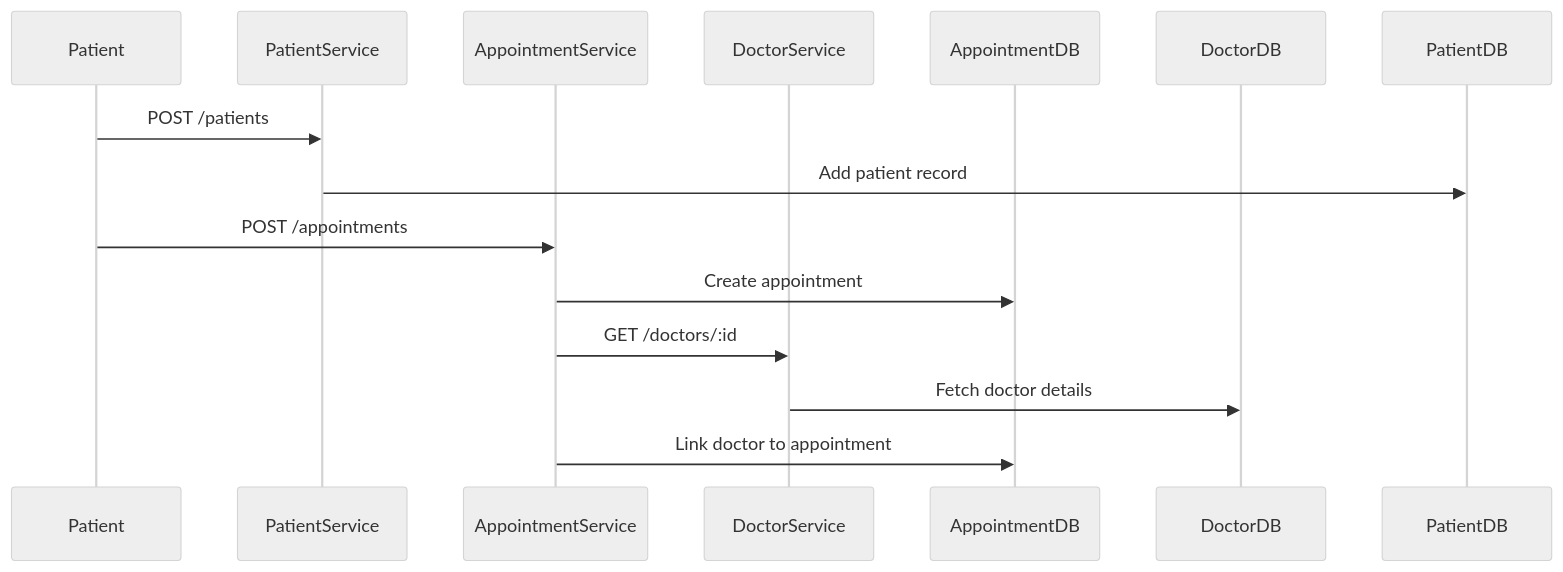
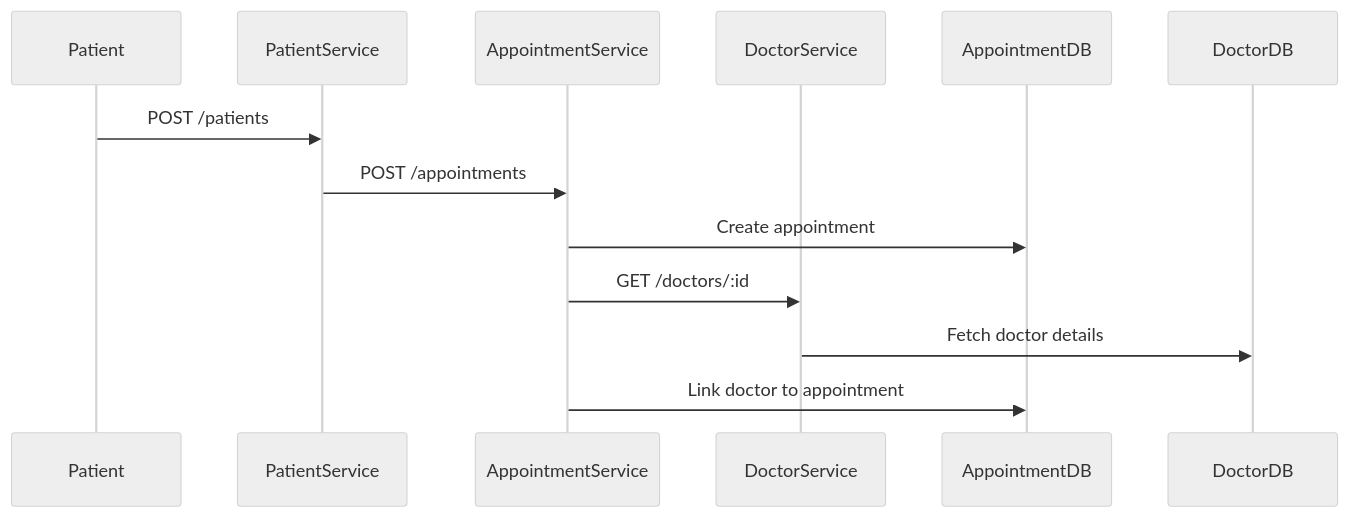
One commit to mdadilansari/Scalable-Services-Assignment-HMS-App changed the second of 6 diagrams in ARCHITECTURE.md. Above: the diagram before and after it, drawn with Mermaid (neutral theme). The commit also changed other lines of this file, not shown here.

````diff
--- a/ARCHITECTURE.md
+++ b/ARCHITECTURE.md
@@ -295,17 +351,16 @@
 ```mermaid
 sequenceDiagram
     participant Patient
     participant PatientService
     participant AppointmentService
     participant DoctorService
     participant AppointmentDB
     participant DoctorDB
 
     Patient->>PatientService: POST /patients
-    PatientService->>PatientDB: Add patient record
-    Patient->>AppointmentService: POST /appointments
+    PatientService->>AppointmentService: POST /appointments
     AppointmentService->>AppointmentDB: Create appointment
     AppointmentService->>DoctorService: GET /doctors/:id
     DoctorService->>DoctorDB: Fetch doctor details
     AppointmentService->>AppointmentDB: Link doctor to appointment
 ```
````
